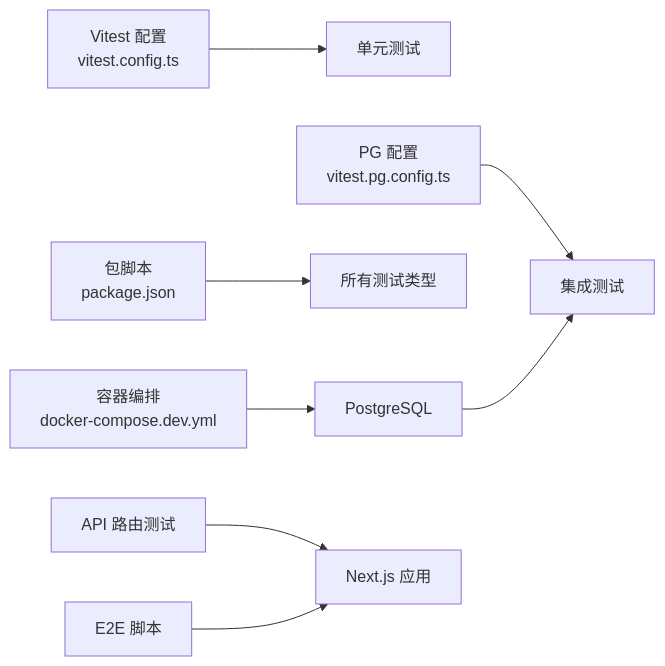
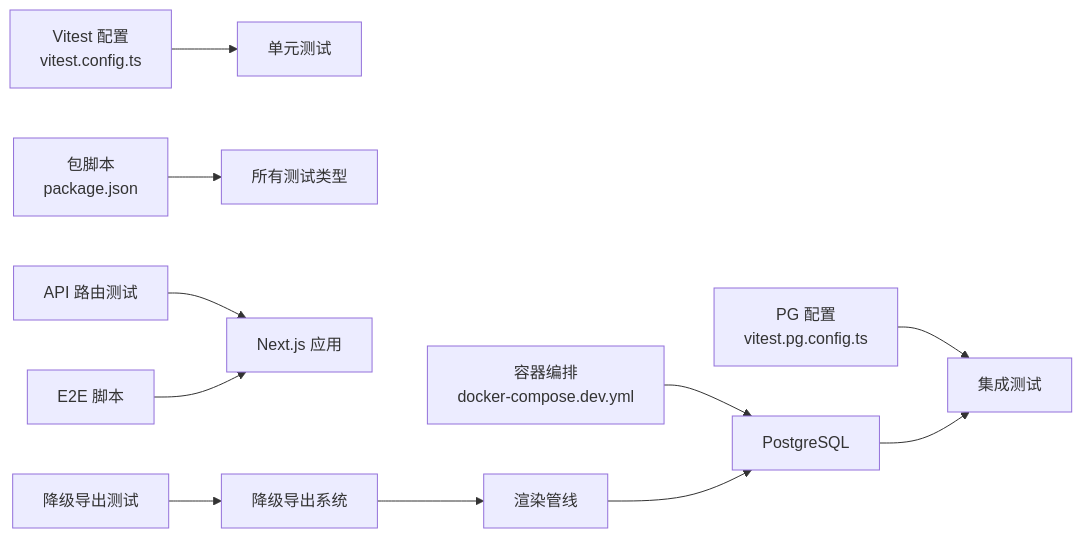
Before and after one commit to scottcwy/PurpleInk: the eighth of 8 diagrams in .qoder/repowiki/zh/content/测试策略/测试策略.md, drawn with Mermaid. The commit also changed other lines of this file and 109 other files, not shown here.

````diff
--- a/.qoder/repowiki/zh/content/测试策略/测试策略.md
+++ b/.qoder/repowiki/zh/content/测试策略/测试策略.md
@@ -317,10 +391,13 @@
 ```mermaid
 graph LR
 VT["Vitest 配置<br/>vitest.config.ts"] --> UT["单元测试"]
 VPG["PG 配置<br/>vitest.pg.config.ts"] --> IT["集成测试"]
 PKG["包脚本<br/>package.json"] --> ALL["所有测试类型"]
 DC["容器编排<br/>docker-compose.dev.yml"] --> DB["PostgreSQL"]
 DB --> IT
 API["API 路由测试"] --> APP["Next.js 应用"]
 FE["E2E 脚本"] --> APP
+DE["降级导出测试"] --> DS["降级导出系统"]
+DS --> RT["渲染管线"]
+RT --> DB
 ```
````
